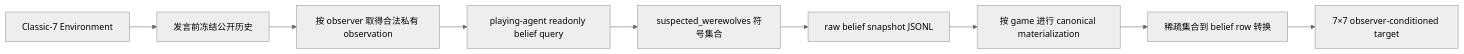
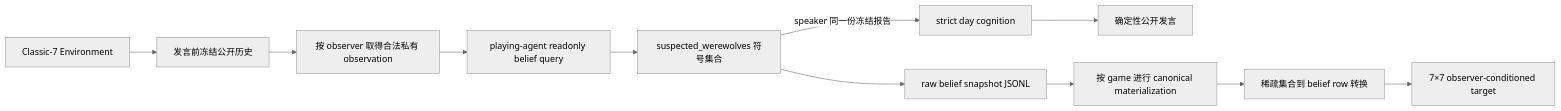
The diagram in docs/architecture.md (MonsterTracy/3wd-tom), drawn with Mermaid (neutral theme) before and after one commit. The commit also changed other lines of this file and 73 other files, not shown here.

````diff
--- a/docs/architecture.md
+++ b/docs/architecture.md
@@ -16,11 +16,13 @@
 ```mermaid
 flowchart LR
     E[Classic-7 Environment] --> C[发言前冻结公开历史]
     C --> O[按 observer 取得合法私有 observation]
     O --> Q[playing-agent readonly belief query]
     Q --> R[suspected_werewolves 符号集合]
     R --> J[raw belief snapshot JSONL]
+    R -->|speaker 同一份冻结报告| G[strict day cognition]
+    G --> S[确定性公开发言]
     J --> M[按 game 进行 canonical materialization]
     M --> D[稀疏集合到 belief row 转换]
     D --> T[7×7 observer-conditioned target]
 ```
````
